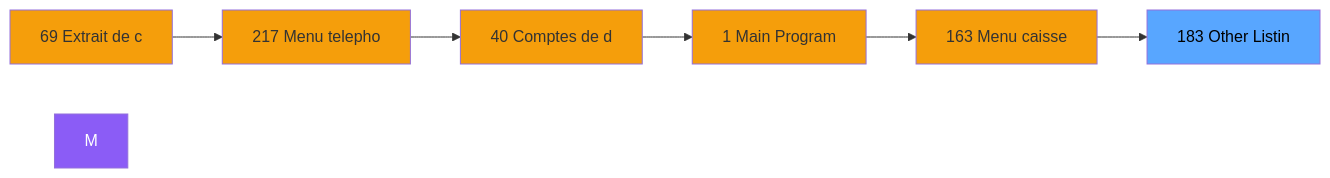
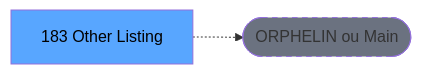
Before and after one commit to thonyAGP/lecteur-magic: the second of 3 diagrams in .openspec/specs/ADH-IDE-183.md, drawn with Mermaid. The commit also changed other lines of this file and 701 other files, not shown here.

````diff
--- a/.openspec/specs/ADH-IDE-183.md
+++ b/.openspec/specs/ADH-IDE-183.md
@@ -106,21 +117,8 @@
 ```mermaid
 graph LR
-    N69[69 Extrait de c]
-    N217[217 Menu telepho]
-    N40[40 Comptes de d]
-    N1[1 Main Program]
-    N163[163 Menu caisse ]
-    T[183 Other Listin]
-    N69 --> N217
-    N217 --> N40
-    N40 --> N1
-    N1 --> N163
-    N163 --> T
-    style M fill:#8b5cf6,color:#fff
-    style N69 fill:#f59e0b
-    style N217 fill:#f59e0b
-    style N40 fill:#f59e0b
-    style N1 fill:#f59e0b
-    style N163 fill:#f59e0b
+    T[183 Other Listing]
+    ORPHAN([ORPHELIN ou Main])
+    T -.-> ORPHAN
     style T fill:#58a6ff,color:#000
+    style ORPHAN fill:#6b7280,stroke-dasharray: 5 5
 ```
````
